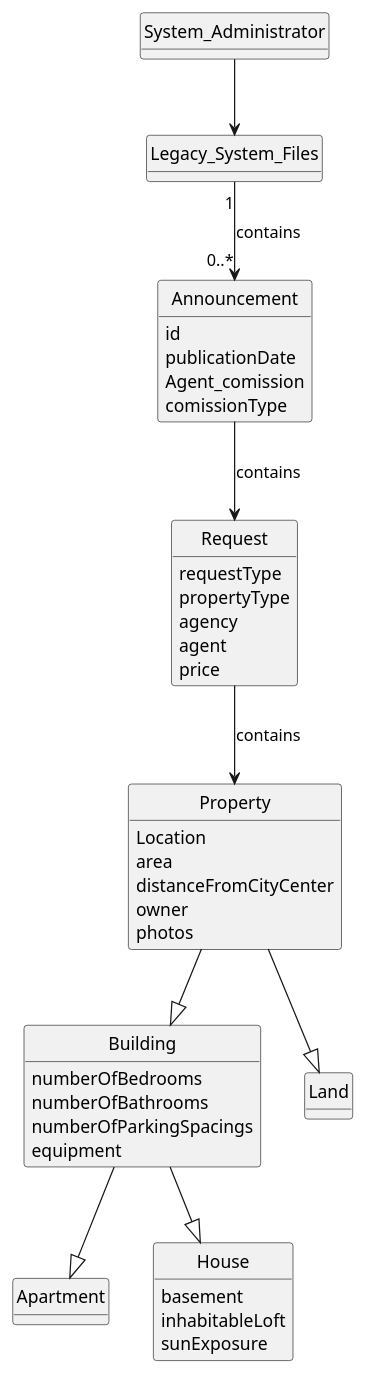
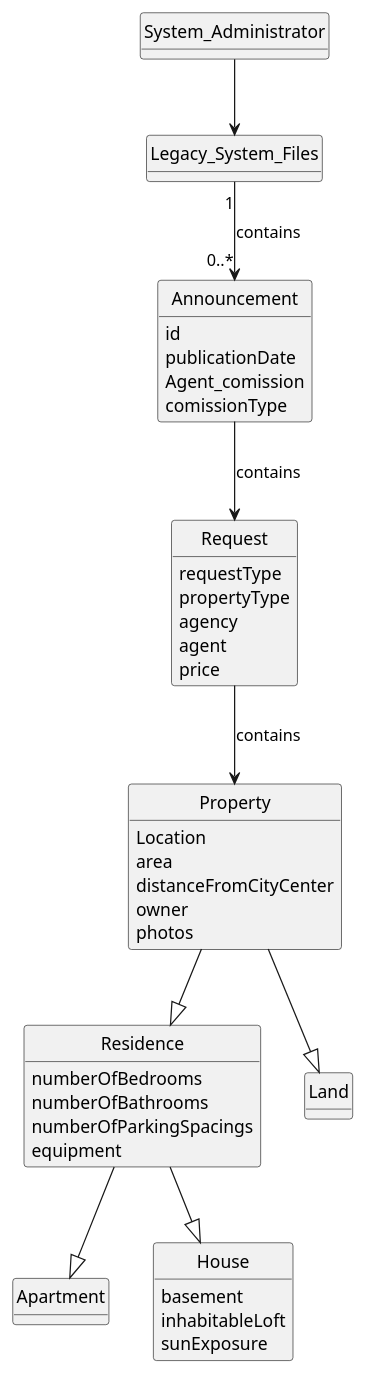
One commit to 1220812/LAPR2 changed the diagram in docs/sprintC/us012/02.analysis/puml/us012-domain-model.puml. Above: the diagram before and after it, drawn with PlantUML.

Commit message:
Fixed the domain model from us12

```diff
--- a/docs/sprintC/us012/02.analysis/puml/us012-domain-model.puml
+++ b/docs/sprintC/us012/02.analysis/puml/us012-domain-model.puml
@@ -1,77 +1,77 @@
 @startuml
 skinparam monochrome true
 skinparam packageStyle rectangle
 skinparam shadowing false
 
 'left to right direction
 
 skinparam classAttributeIconSize 0
 
 hide circle
 hide methods
 
 'title Domain Model
 
 'class Platform {
 '  -description
 '}
 
 class Announcement{
 id
 publicationDate
 Agent_comission
 comissionType
 }
 
 class Request{
 requestType
 propertyType
 agency
 agent
 price
 }
 
 class Property{
 Location
 area
 distanceFromCityCenter
 owner
 photos
 }
 
-class Building{
+class Residence{
 numberOfBedrooms
 numberOfBathrooms
 numberOfParkingSpacings
 equipment
 }
 
 class Land{
 }
 
 class Apartment {
 
 }
 
 class House{
 basement
 inhabitableLoft
 sunExposure
 }
 
 class Legacy_System_Files {
 }
 
 
 System_Administrator --> Legacy_System_Files
 Legacy_System_Files "1" --> "0..*" Announcement : contains
 
-Property --|> Building
+Property --|> Residence
 Property --|> Land
-Building --|> Apartment
-Building --|> House
+Residence --|> Apartment
+Residence --|> House
 Request --> Property : contains
 Announcement --> Request : contains
 
 
 @enduml
```
